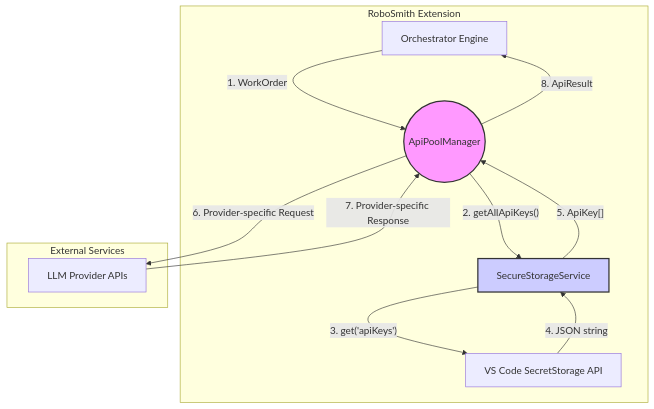
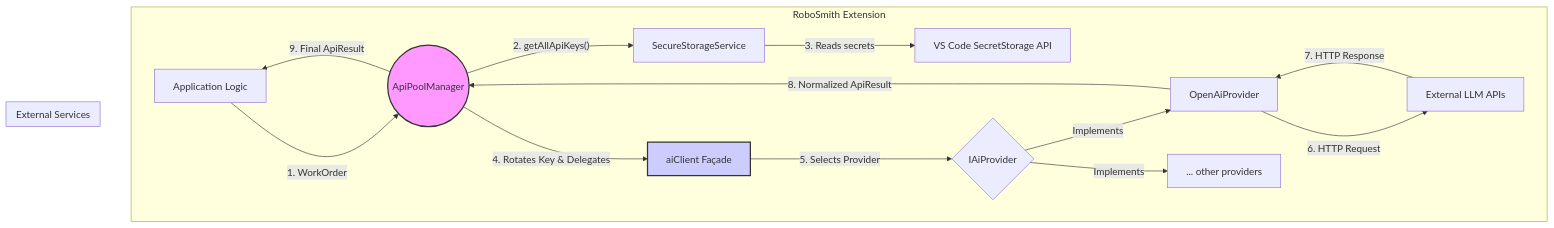
The diagram in docs/Construction/AI interface/spec.md (ZapoVerde/RoboSmith), drawn with Mermaid before and after one commit. The commit also changed other lines of this file and 7 other files, not shown here.

````diff
--- a/docs/Construction/AI interface/spec.md
+++ b/docs/Construction/AI interface/spec.md
@@ -18,21 +15,24 @@
 ```mermaid
 graph TD
     subgraph RoboSmith Extension
-        A[Orchestrator Engine] -- 1. WorkOrder --> B((ApiPoolManager));
+        A[Application Logic] -- 1. WorkOrder --> B((ApiPoolManager));
         B -- 2. getAllApiKeys() --> C[SecureStorageService];
-        C -- 3. get('apiKeys') --> D[VS Code SecretStorage API];
-        D -- 4. JSON string --> C;
-        C -- 5. ApiKey[] --> B;
+        C -- 3. Reads secrets --> D[VS Code SecretStorage API];
+        B -- 4. Rotates Key & Delegates --> E[aiClient Façade];
+        E -- 5. Selects Provider --> F{IAiProvider};
+        F -- Implements --> G[OpenAiProvider];
+        F -- Implements --> H[... other providers];
+        G -- 6. HTTP Request --> I[External LLM APIs];
     end
 
     subgraph External Services
-        F[LLM Provider APIs];
+        I;
     end
 
-    B -- 6. Provider-specific Request --> F;
-    F -- 7. Provider-specific Response --> B;
-    B -- 8. ApiResult --> A;
+    I -- 7. HTTP Response --> G;
+    G -- 8. Normalized ApiResult --> B;
+    B -- 9. Final ApiResult --> A;
 
     style B fill:#f9f,stroke:#333,stroke-width:2px
-    style C fill:#ccf,stroke:#333,stroke-width:2px
+    style E fill:#ccf,stroke:#333,stroke-width:2px
 ```
````
